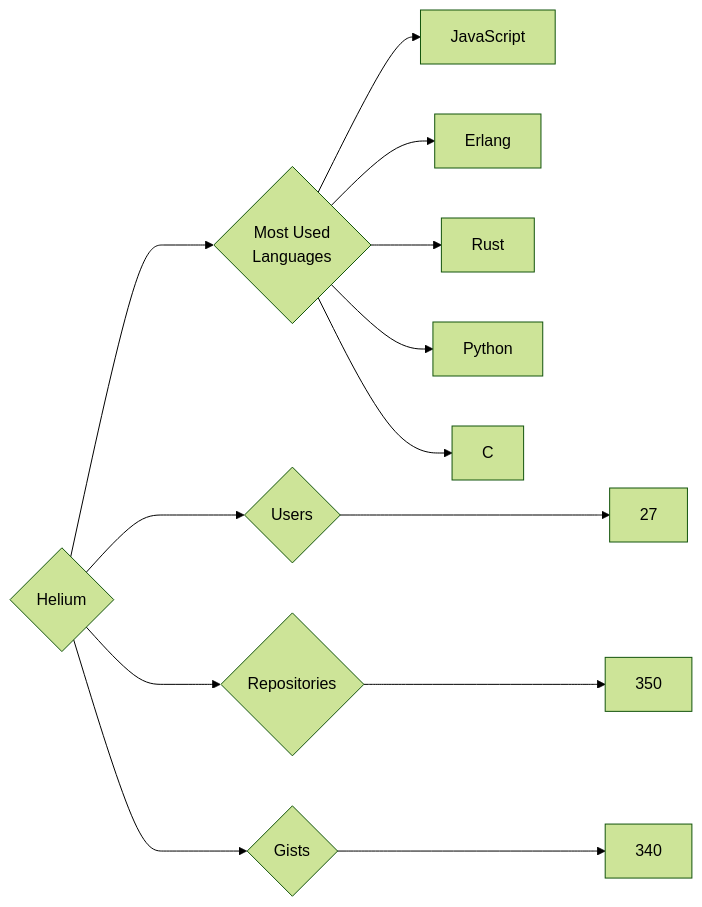
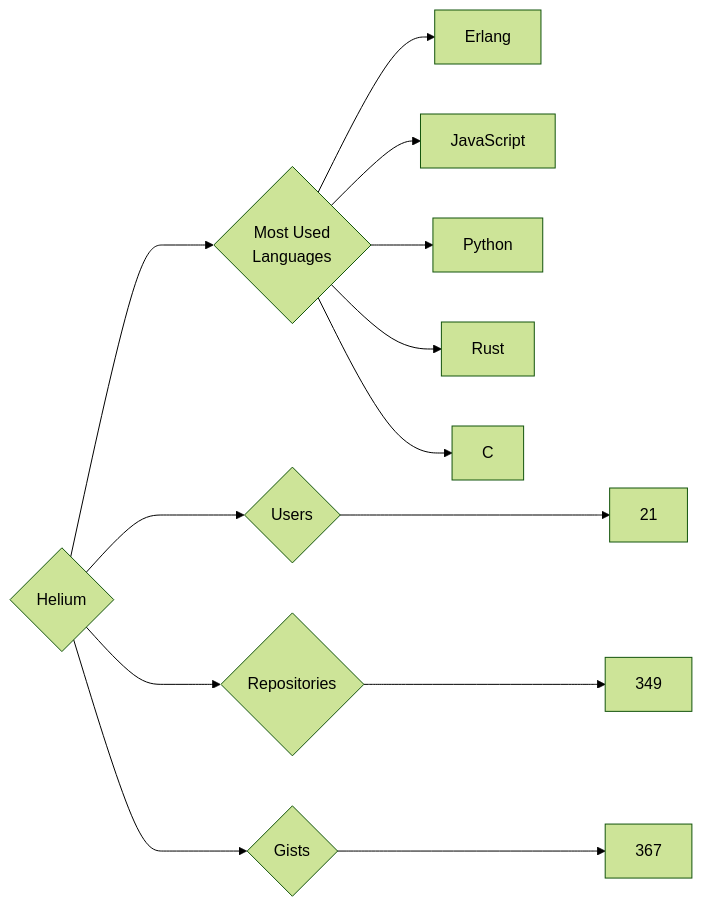
The diagram in targets/Helium/README.md (trickest/insiders), drawn with Mermaid (forest theme) before and after one commit. The commit also changed 930 other files, not shown here.

````diff
--- a/targets/Helium/README.md
+++ b/targets/Helium/README.md
@@ -3,13 +3,13 @@
 ```mermaid
 graph LR
 COMPANY_NAME{Helium}
-COMPANY_NAME ---> U{Users} ---> UN[27]
-COMPANY_NAME ---> R{Repositories} ---> RN[350]
-COMPANY_NAME ---> G{Gists} ---> GN[340]
+COMPANY_NAME ---> U{Users} ---> UN[21]
+COMPANY_NAME ---> R{Repositories} ---> RN[349]
+COMPANY_NAME ---> G{Gists} ---> GN[367]
 COMPANY_NAME ---> ML{Most Used<br>Languages}
+ML --> Erlang[Erlang]
 ML --> JavaScript[JavaScript]
-ML --> Erlang[Erlang]
+ML --> Python[Python]
 ML --> Rust[Rust]
-ML --> Python[Python]
 ML --> C[C]
 ```
````
